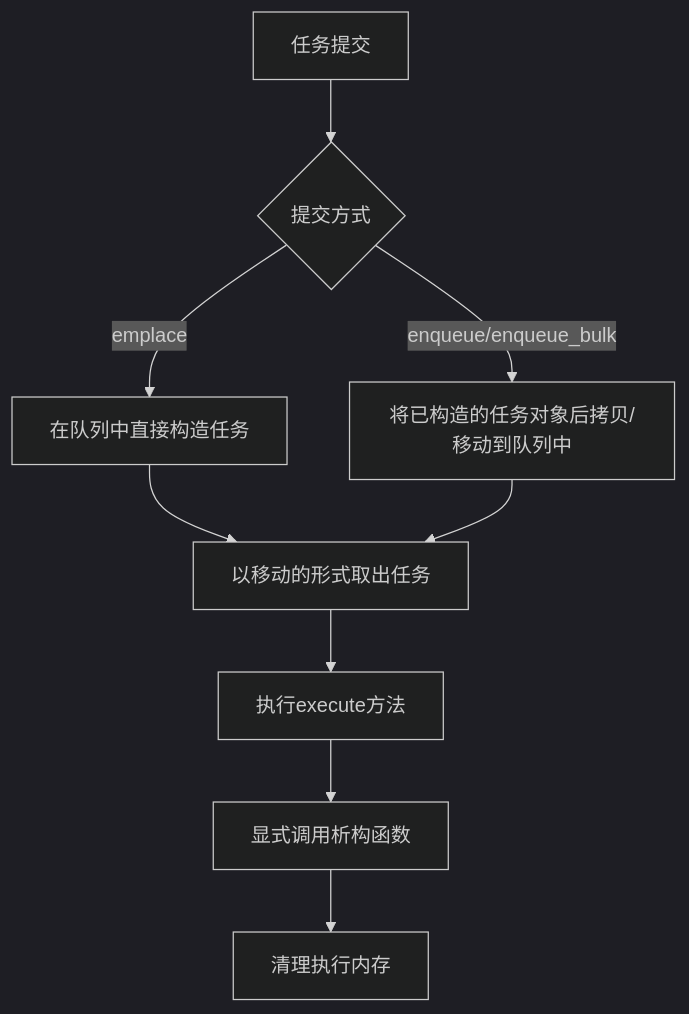
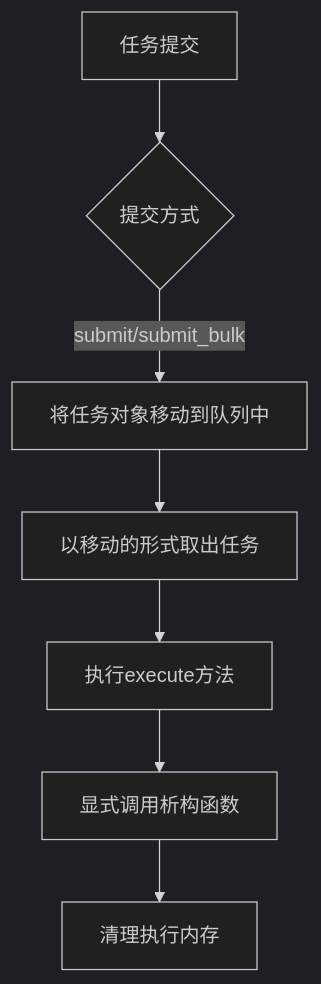
The first of 2 diagrams in README.md (HSLL175848494/ThreadPool), drawn with Mermaid (dark theme) before and after one commit. The commit also changed other lines of this file and 11 other files, not shown here.

````diff
--- a/README.md
+++ b/README.md
@@ -124,13 +116,9 @@
 ```mermaid
 graph TD
     A[任务提交] --> B{提交方式}
-    B -->|emplace| C[在队列中直接构造任务]
-    B -->|enqueue/enqueue_bulk| D[将已构造的任务对象后拷贝/移动到队列中]
-    
-    C --> E[以移动的形式取出任务]
-    D --> E
-    
-    E --> F[执行execute方法]
-    F --> G[显式调用析构函数]
-    G --> H[清理执行内存]
+    B -->|submit/submit_bulk| C[将任务对象移动到队列中]
+    C --> D[以移动的形式取出任务]
+    D --> E[执行execute方法]
+    E --> F[显式调用析构函数]
+    F --> G[清理执行内存]
 ```
````
